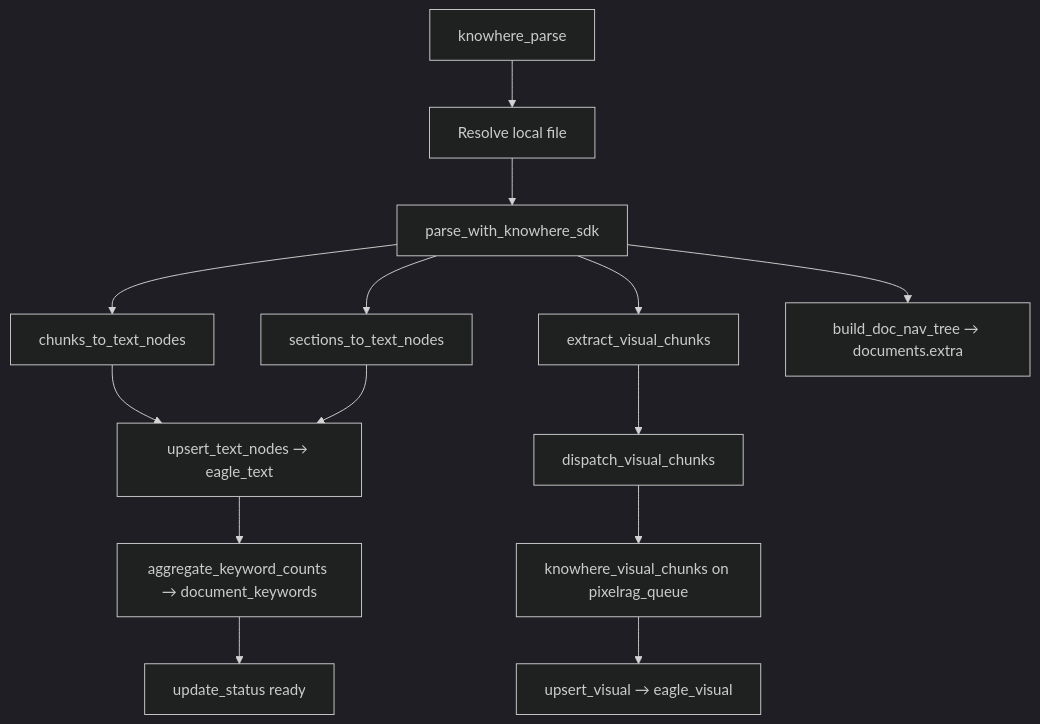
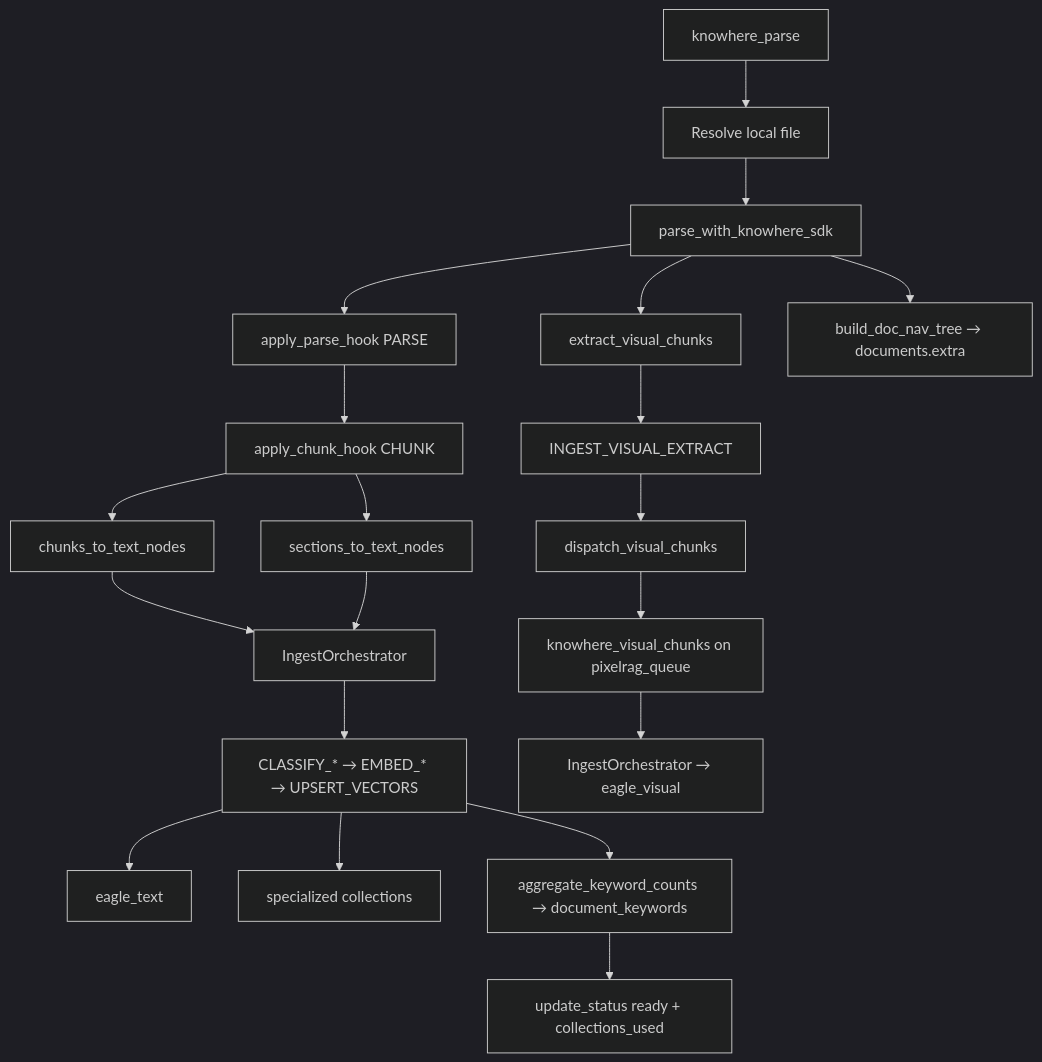
The second of 4 diagrams in docs/zh/architecture/data-flow.md (zhiweio/EagleRAG), drawn with Mermaid (dark theme) before and after one commit. The commit also changed other lines of this file and 249 other files, not shown here.

````diff
--- a/docs/zh/architecture/data-flow.md
+++ b/docs/zh/architecture/data-flow.md
@@ -89,16 +119,22 @@
 ```mermaid
 flowchart TD
     A[knowhere_parse] --> B[Resolve local file]
     B --> C[parse_with_knowhere_sdk]
-    C --> D[chunks_to_text_nodes]
-    C --> E[sections_to_text_nodes]
-    D --> F[upsert_text_nodes → eagle_text]
-    E --> F
+    C --> HP1[apply_parse_hook PARSE]
+    HP1 --> HP2[apply_chunk_hook CHUNK]
+    HP2 --> D[chunks_to_text_nodes]
+    HP2 --> E[sections_to_text_nodes]
+    D --> IO[IngestOrchestrator]
+    E --> IO
+    IO --> F[CLASSIFY_* → EMBED_* → UPSERT_VECTORS]
+    F --> G1[eagle_text]
+    F --> G2[specialized collections]
     C --> G[extract_visual_chunks]
-    G --> H[dispatch_visual_chunks]
-    H --> I[knowhere_visual_chunks on pixelrag_queue]
-    I --> J[upsert_visual → eagle_visual]
-    C --> K[build_doc_nav_tree → documents.extra]
-    F --> L[aggregate_keyword_counts → document_keywords]
-    L --> M[update_status ready]
+    G --> H[INGEST_VISUAL_EXTRACT]
+    H --> I[dispatch_visual_chunks]
+    I --> J[knowhere_visual_chunks on pixelrag_queue]
+    J --> K[IngestOrchestrator → eagle_visual]
+    C --> L[build_doc_nav_tree → documents.extra]
+    F --> M[aggregate_keyword_counts → document_keywords]
+    M --> N[update_status ready + collections_used]
 ```
````
